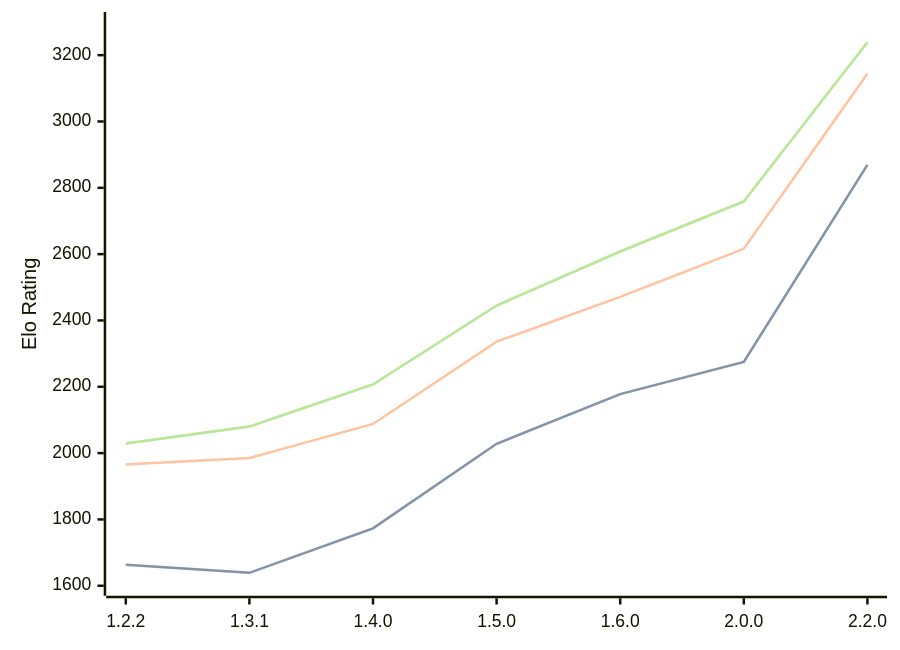
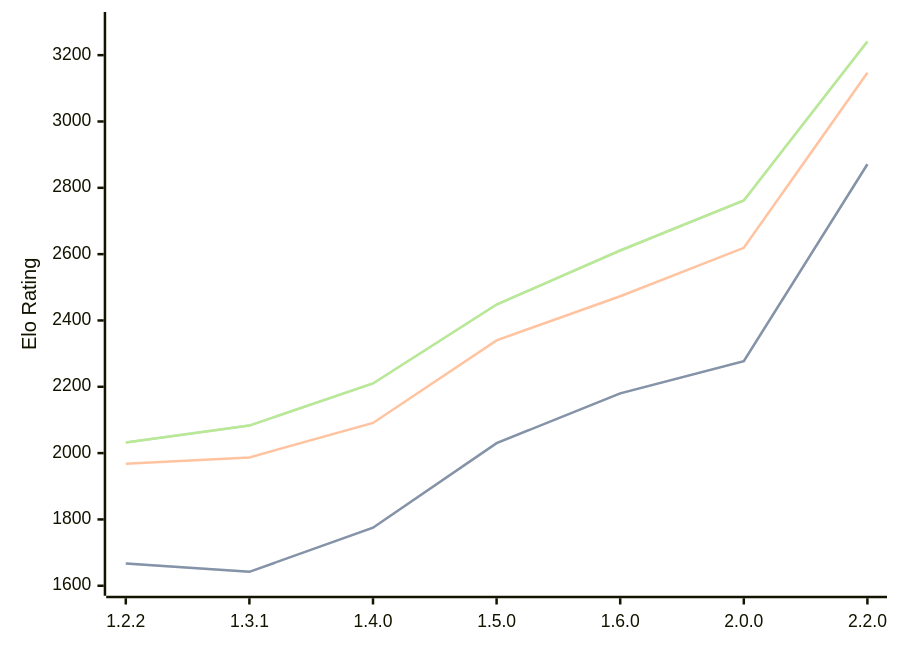
One commit to computer-chess-index/cci changed the diagram in engines/SoloEngine.md. Above: the diagram before and after it, drawn with Mermaid. The commit also changed other lines of this file, not shown here.

Commit message:
Update CCI Ratings (ELO VLTC) - 2026-09-24

````diff
--- a/engines/SoloEngine.md
+++ b/engines/SoloEngine.md
@@ -38,11 +38,11 @@
 ```mermaid
 %%{init: {"theme":"base","themeVariables":{"seriesColors:['#a3a3a3','#222221','#faa371']}}}%%
 xychart-beta
   x-axis ["1.2.2", "1.3.1", "1.4.0", "1.5.0", "1.6.0", "2.0.0", "2.2.0"]
   y-axis "Elo Rating" 1600 --> 3300
-  line "" [1663, 1639, 1773, 2028, 2178, 2275, 2869]
-  line "STC (8.0+0.08s)" [1663, 1639, 1773, 2028, 2178, 2275, 2869]
-  line "LTC (60.0+0.60s)" [1966, 1985, 2088, 2336, 2471, 2616, 3144]
-  line "" [2029, 2080, 2207, 2445, 2608, 2759, 3239]
-  line "VLTC (2m24s+1.12s)" [2029, 2080, 2207, 2445, 2608, 2759, 3239]
+  line "" [1667, 1642, 1775, 2030, 2180, 2277, 2871]
+  line "STC (8.0+0.08s)" [1667, 1642, 1775, 2030, 2180, 2277, 2871]
+  line "LTC (60.0+0.60s)" [1968, 1987, 2091, 2340, 2473, 2619, 3147]
+  line "" [2032, 2083, 2210, 2448, 2611, 2762, 3241]
+  line "VLTC (2m24s+1.12s)" [2032, 2083, 2210, 2448, 2611, 2762, 3241]
 ```
````
